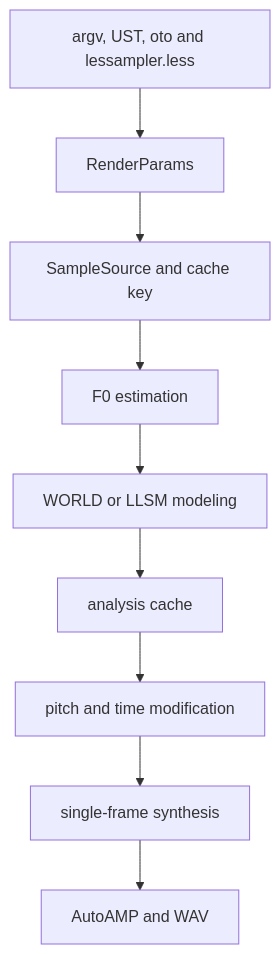
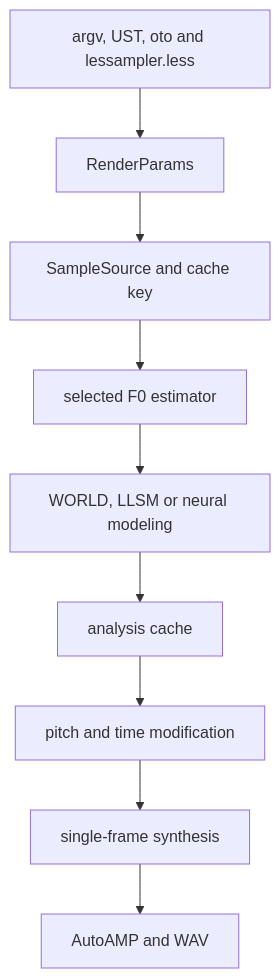
Before and after one commit to YuzukiTsuru/lessampler: the diagram in docs/src/content/docs/processing/index.md, drawn with Mermaid. The commit also changed other lines of this file and 7 other files, not shown here.

Commit message:
docs: sync F0 architecture and pipeline pages

````diff
--- a/docs/src/content/docs/processing/index.md
+++ b/docs/src/content/docs/processing/index.md
@@ -8,11 +8,11 @@
 ```mermaid
 flowchart TD
     A["argv, UST, oto and lessampler.less"] --> B["RenderParams"]
     B --> C["SampleSource and cache key"]
-    C --> D["F0 estimation"]
-    D --> E["WORLD or LLSM modeling"]
+    C --> D["selected F0 estimator"]
+    D --> E["WORLD, LLSM or neural modeling"]
     E --> F["analysis cache"]
     F --> G["pitch and time modification"]
     G --> H["single-frame synthesis"]
     H --> I["AutoAMP and WAV"]
 ```
````
